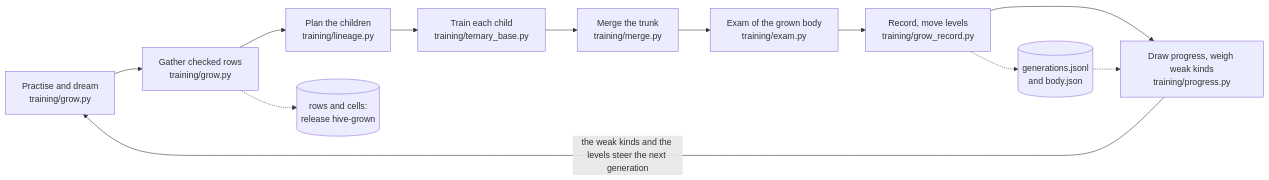
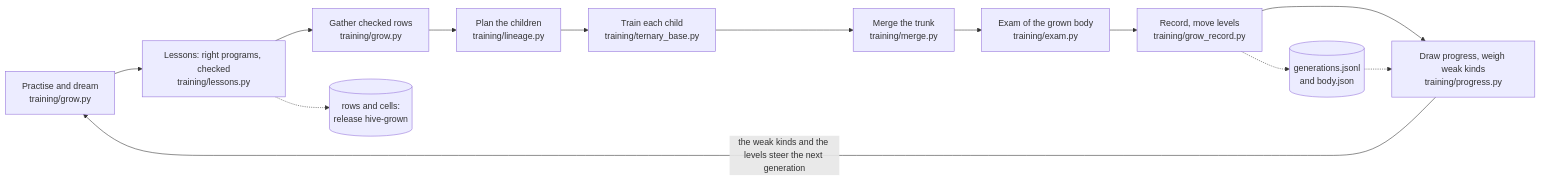
One commit to Arnav123-s/HiveMIND changed the first of 3 diagrams in docs/KNOWLEDGE.md. Above: the diagram before and after it, drawn with Mermaid. The commit also changed other lines of this file and 4 other files, not shown here.

````diff
--- a/docs/KNOWLEDGE.md
+++ b/docs/KNOWLEDGE.md
@@ -11,24 +11,26 @@
 ```mermaid
 flowchart LR
   practise["Practise and dream<br/>training/grow.py"]
+  lessons["Lessons: right programs, checked<br/>training/lessons.py"]
   gather["Gather checked rows<br/>training/grow.py"]
   plan["Plan the children<br/>training/lineage.py"]
   trainc["Train each child<br/>training/ternary_base.py"]
   trunk["Merge the trunk<br/>training/merge.py"]
   pulse["Exam of the grown body<br/>training/exam.py"]
   recordg["Record, move levels<br/>training/grow_record.py"]
   graphs["Draw progress, weigh weak kinds<br/>training/progress.py"]
-  practise --> gather
+  practise --> lessons
+  lessons --> gather
   gather --> plan
   plan --> trainc
   trainc --> trunk
   trunk --> pulse
   pulse --> recordg
   recordg --> graphs
   graphs -->|the weak kinds and the levels steer the next generation| practise
   rel[(rows and cells:<br/>release hive-grown)]
   rec[(generations.jsonl<br/>and body.json)]
-  gather -.-> rel
+  lessons -.-> rel
   recordg -.-> rec
   rec -.-> graphs
 ```
````
